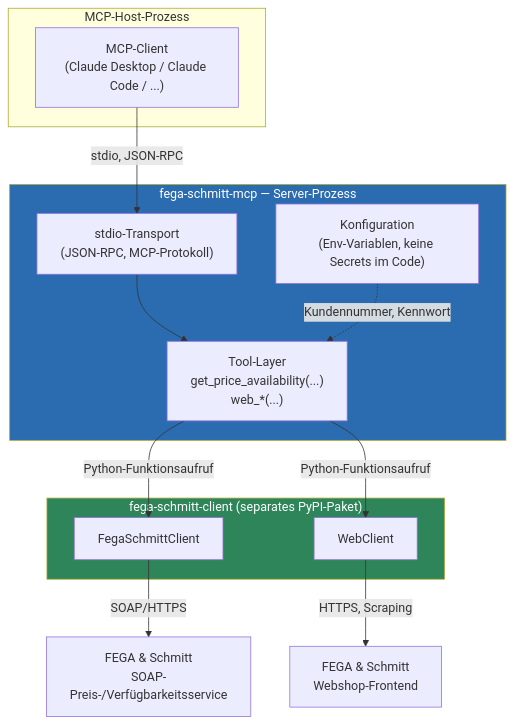
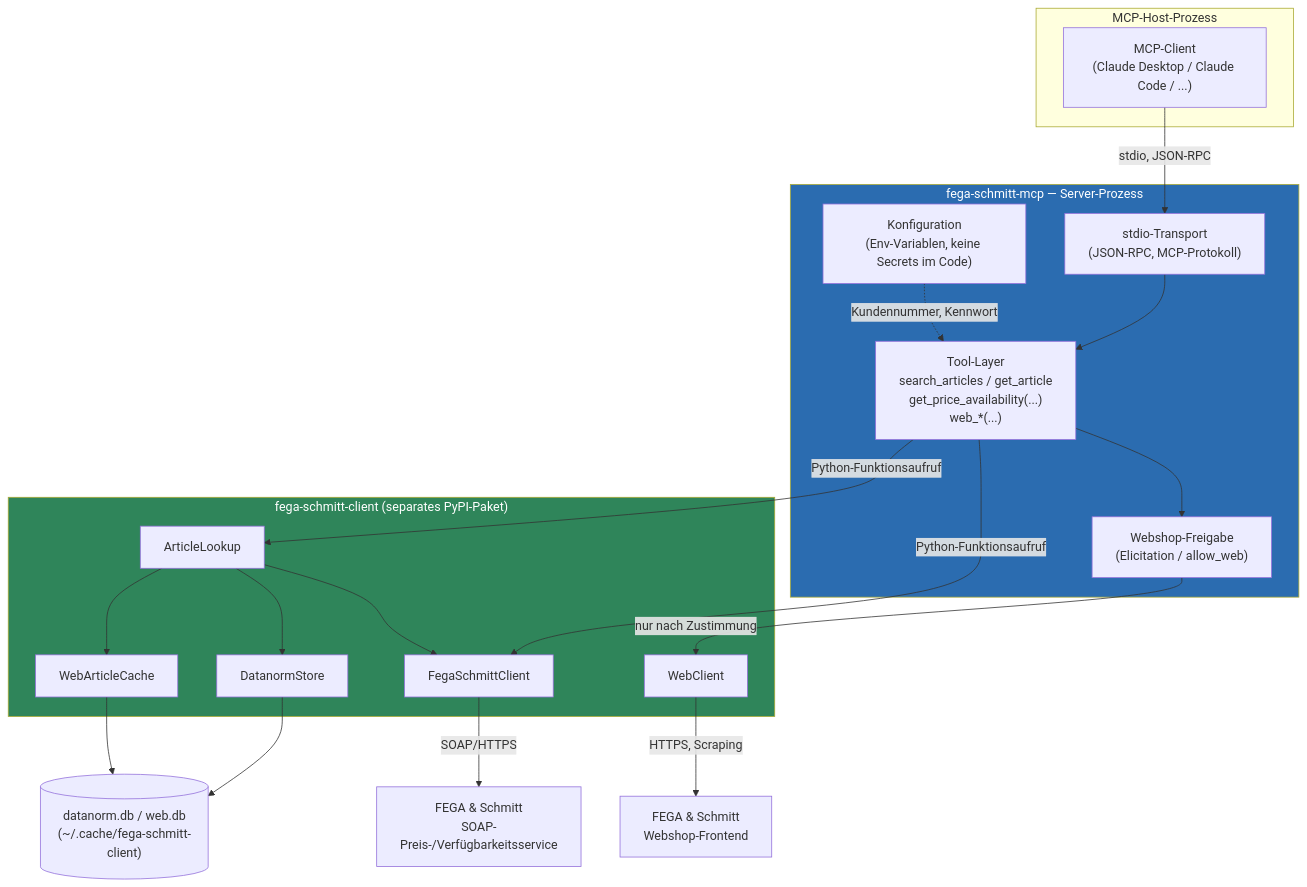
Before and after one commit to the78mole/fega-schmitt-mcp: the first of 4 diagrams in docs/architecture.md, drawn with Mermaid. The commit also changed other lines of this file and 9 other files, not shown here.

First line of the commit message:
feat: look up articles in DATANORM and SOAP, webshop only with the user's consent

````diff
--- a/docs/architecture.md
+++ b/docs/architecture.md
@@ -10,31 +12,44 @@
 ```mermaid
 graph TD
     subgraph Host["MCP-Host-Prozess"]
         Client["MCP-Client<br/>(Claude Desktop / Claude Code / ...)"]
     end
 
     subgraph Server["fega-schmitt-mcp — Server-Prozess"]
         Transport["stdio-Transport<br/>(JSON-RPC, MCP-Protokoll)"]
-        Tool["Tool-Layer<br/>get_price_availability(...)<br/>web_*(...)"]
+        Tool["Tool-Layer<br/>search_articles / get_article<br/>get_price_availability(...)<br/>web_*(...)"]
+        Gate["Webshop-Freigabe<br/>(Elicitation / allow_web)"]
         Config["Konfiguration<br/>(Env-Variablen, keine Secrets im Code)"]
     end
 
     subgraph Lib["fega-schmitt-client (separates PyPI-Paket)"]
+        AL["ArticleLookup"]
+        DS["DatanormStore"]
         FC["FegaSchmittClient"]
         WC["WebClient"]
+        CA["WebArticleCache"]
     end
+
+    DB[("datanorm.db / web.db<br/>(~/.cache/fega-schmitt-client)")]
 
     API["FEGA & Schmitt<br/>SOAP-Preis-/Verfügbarkeitsservice"]
     SHOP["FEGA & Schmitt<br/>Webshop-Frontend"]
 
     Client -->|stdio, JSON-RPC| Transport
     Transport --> Tool
     Config -.->|Kundennummer, Kennwort| Tool
+    Tool -->|Python-Funktionsaufruf| AL
     Tool -->|Python-Funktionsaufruf| FC
-    Tool -->|Python-Funktionsaufruf| WC
+    Tool --> Gate
+    Gate -->|nur nach Zustimmung| WC
+    AL --> DS
+    AL --> FC
+    AL --> CA
+    DS --> DB
+    CA --> DB
     FC -->|SOAP/HTTPS| API
     WC -->|HTTPS, Scraping| SHOP
 
     style Server fill:#2b6cb0,color:#fff
     style Lib fill:#2f855a,color:#fff
 ```
````
